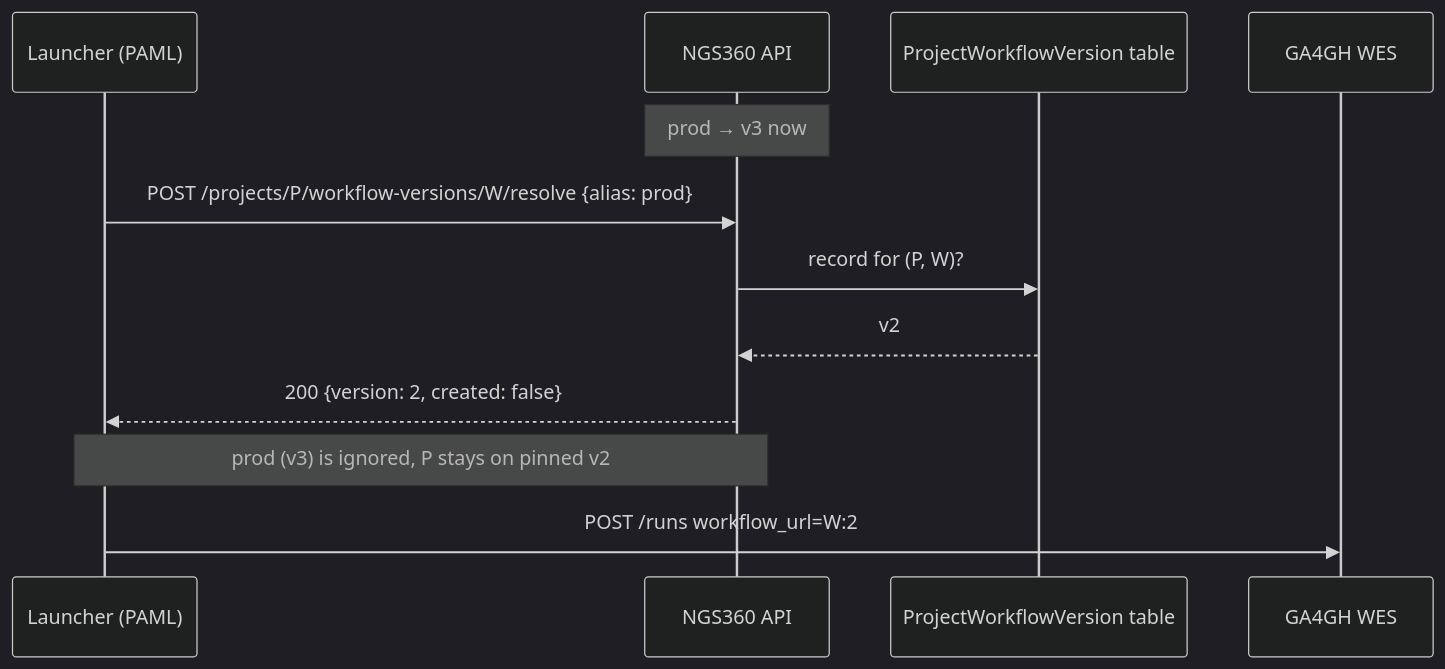
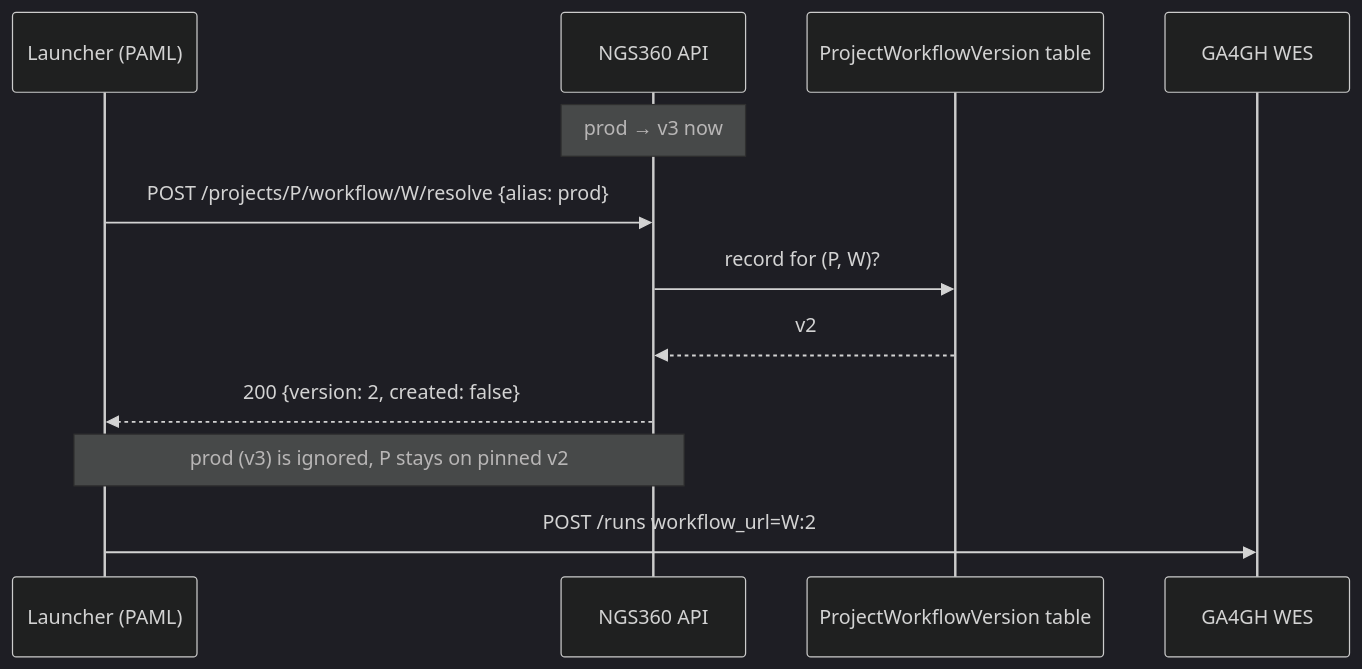
The sixth of 9 diagrams in docs/WORKFLOWS_AND_PIPELINES.md (NGS360/APIServer), drawn with Mermaid (dark theme) before and after one commit. The commit also changed other lines of this file and 6 other files, not shown here.

````diff
--- a/docs/WORKFLOWS_AND_PIPELINES.md
+++ b/docs/WORKFLOWS_AND_PIPELINES.md
@@ -174,15 +175,15 @@
 ```mermaid
 sequenceDiagram
     participant L as Launcher (PAML)
     participant API as NGS360 API
     participant DB as ProjectWorkflowVersion table
     participant WES as GA4GH WES
 
     Note over API: prod → v3 now
-    L->>API: POST /projects/P/workflow-versions/W/resolve {alias: prod}
+    L->>API: POST /projects/P/workflow/W/resolve {alias: prod}
     API->>DB: record for (P, W)?
     DB-->>API: v2
     API-->>L: 200 {version: 2, created: false}
     Note over API,L: prod (v3) is ignored, P stays on pinned v2
     L->>WES: POST /runs workflow_url=W:2
 ```
````
